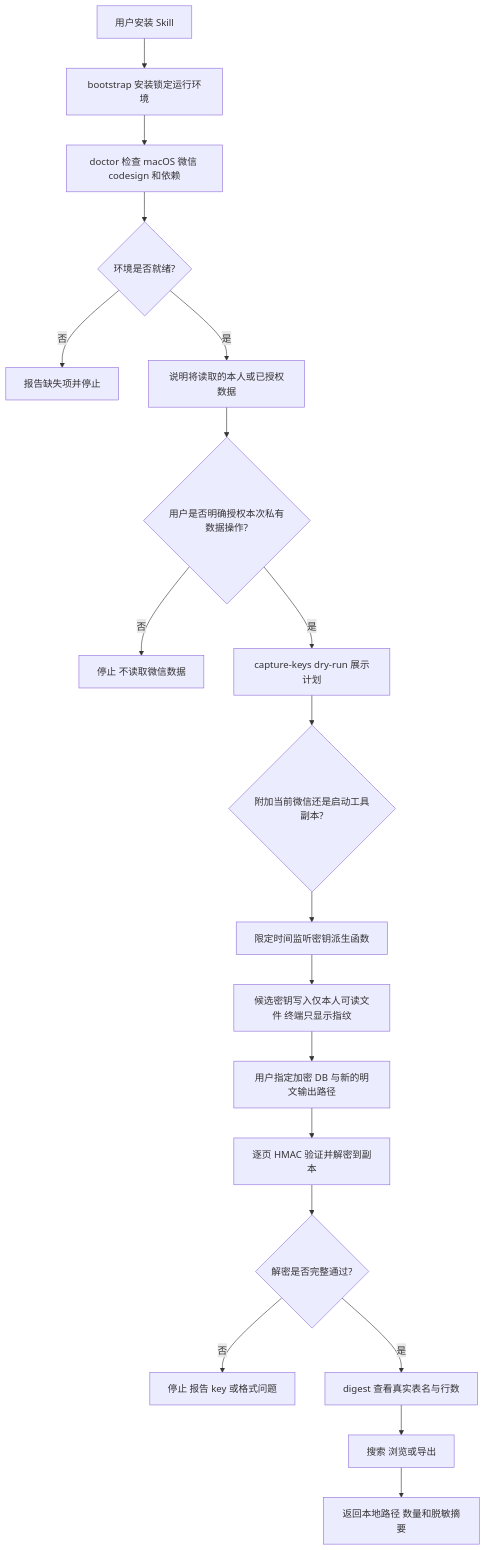
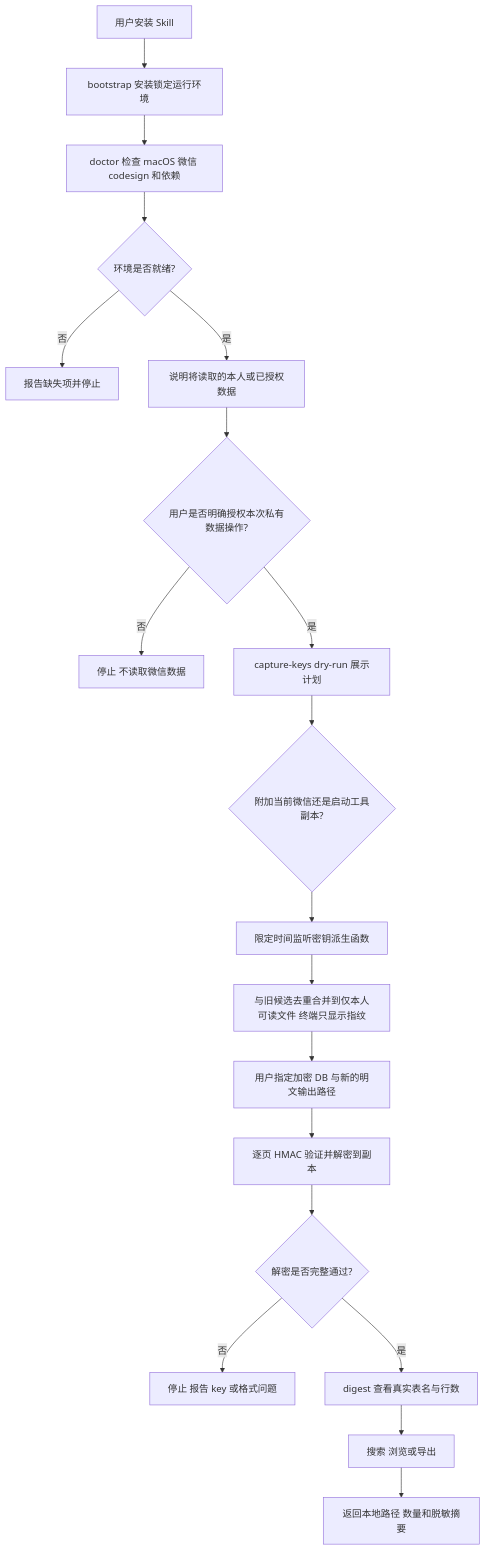
One commit to Amentman/amant-wechat-local-vault changed the diagram in README.md. Above: the diagram before and after it, drawn with Mermaid. The commit also changed other lines of this file and 5 other files, not shown here.

````diff
--- a/README.md
+++ b/README.md
@@ -26,21 +26,21 @@
 ```mermaid
 flowchart TD
     A[用户安装 Skill] --> B[bootstrap 安装锁定运行环境]
     B --> C[doctor 检查 macOS 微信 codesign 和依赖]
     C --> D{环境是否就绪?}
     D -- 否 --> E[报告缺失项并停止]
     D -- 是 --> F[说明将读取的本人或已授权数据]
     F --> G{用户是否明确授权本次私有数据操作?}
     G -- 否 --> H[停止 不读取微信数据]
     G -- 是 --> I[capture-keys dry-run 展示计划]
     I --> J{附加当前微信还是启动工具副本?}
     J --> K[限定时间监听密钥派生函数]
-    K --> L[候选密钥写入仅本人可读文件 终端只显示指纹]
+    K --> L[与旧候选去重合并到仅本人可读文件 终端只显示指纹]
     L --> M[用户指定加密 DB 与新的明文输出路径]
     M --> N[逐页 HMAC 验证并解密到副本]
     N --> O{解密是否完整通过?}
     O -- 否 --> P[停止 报告 key 或格式问题]
     O -- 是 --> Q[digest 查看真实表名与行数]
     Q --> R[搜索 浏览或导出]
     R --> S[返回本地路径 数量和脱敏摘要]
 ```
````
